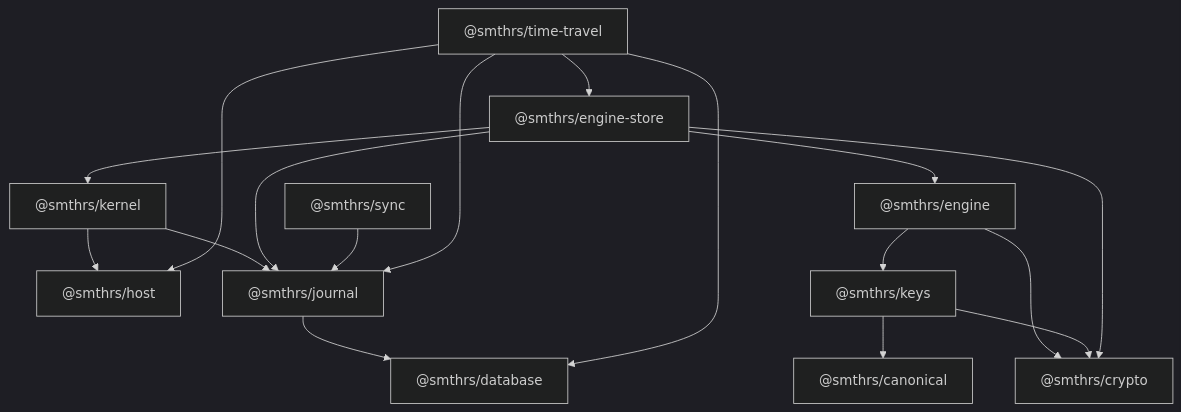
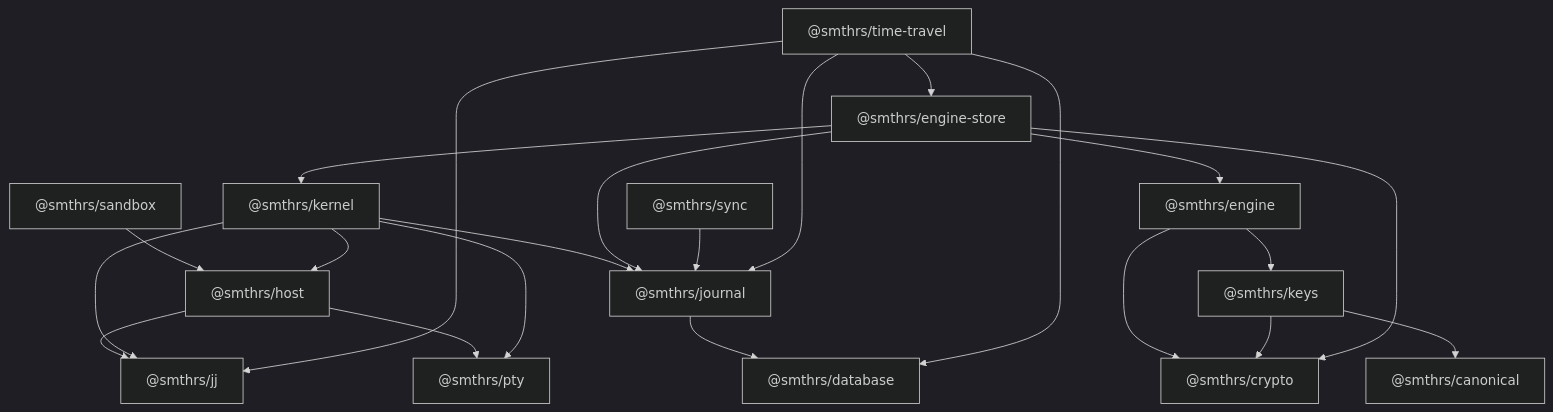
The diagram in docs/architecture/package-map.md (smithersai/flows), drawn with Mermaid (dark theme) before and after one commit. The commit also changed other lines of this file and 21 other files, not shown here.

````diff
--- a/docs/architecture/package-map.md
+++ b/docs/architecture/package-map.md
@@ -7,24 +7,32 @@
 ```mermaid
 flowchart TD
   H["@smthrs/host"]
+  JJ["@smthrs/jj"]
+  PTY["@smthrs/pty"]
+  SB["@smthrs/sandbox"]
   D["@smthrs/database"]
   C["@smthrs/canonical"]
   Crypto["@smthrs/crypto"]
 
   J["@smthrs/journal"] --> D
+  H --> JJ
+  H --> PTY
+  SB --> H
   K["@smthrs/kernel"] --> H
+  K --> JJ
+  K --> PTY
   K --> J
   W["@smthrs/engine"] --> Keys["@smthrs/keys"]
   W --> Crypto
   Keys --> C
   Keys --> Crypto
   E["@smthrs/engine-store"] --> W
   E --> Crypto
   E --> J
   E --> K
   S["@smthrs/sync"] --> J
   T["@smthrs/time-travel"] --> D
   T --> E
-  T --> H
+  T --> JJ
   T --> J
 ```
````
